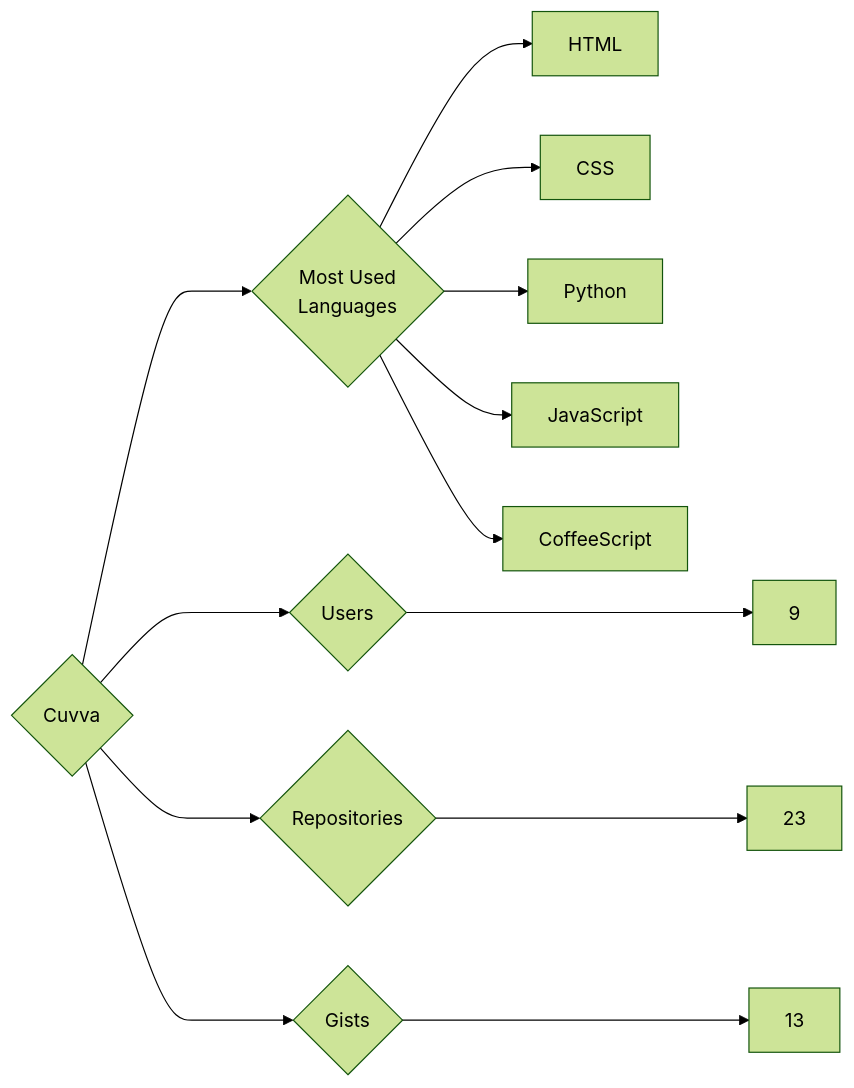
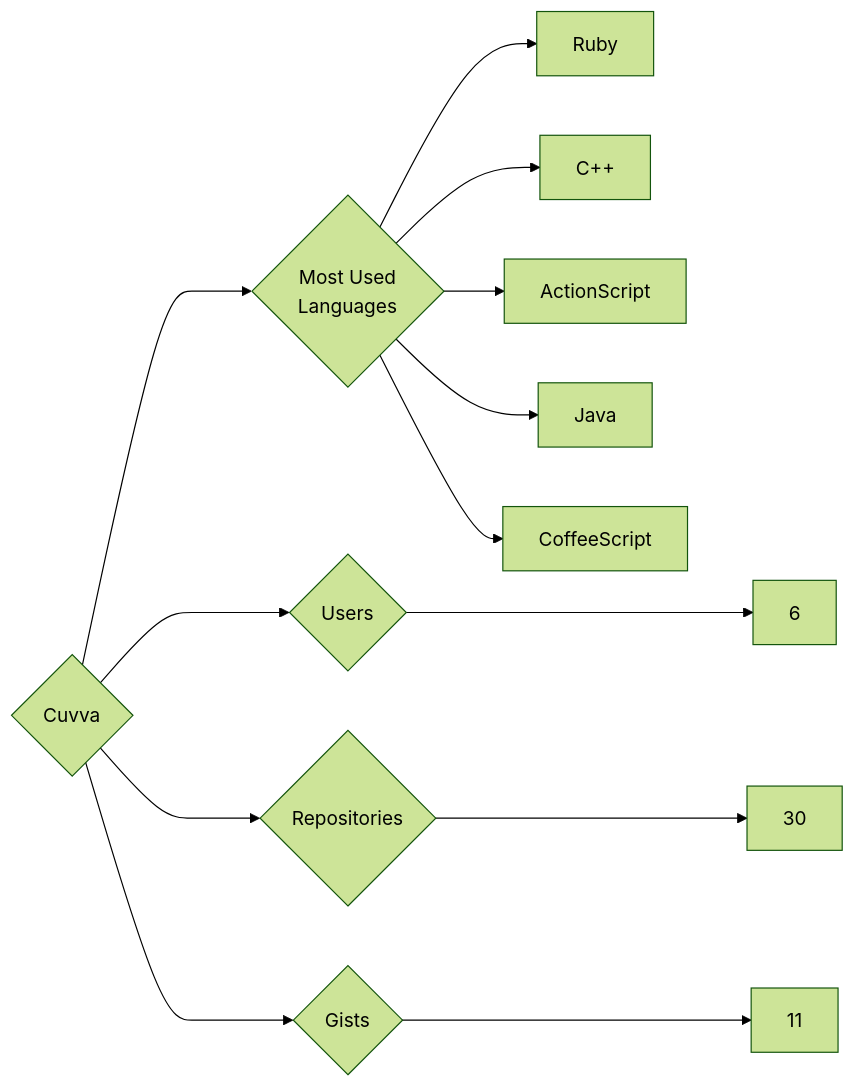
The diagram in targets/Cuvva/README.md (trickest/insiders), drawn with Mermaid (forest theme) before and after one commit. The commit also changed 1195 other files, not shown here.

````diff
--- a/targets/Cuvva/README.md
+++ b/targets/Cuvva/README.md
@@ -3,13 +3,13 @@
 ```mermaid
 graph LR
 COMPANY_NAME{Cuvva}
-COMPANY_NAME ---> U{Users} ---> UN[9]
-COMPANY_NAME ---> R{Repositories} ---> RN[23]
-COMPANY_NAME ---> G{Gists} ---> GN[13]
+COMPANY_NAME ---> U{Users} ---> UN[6]
+COMPANY_NAME ---> R{Repositories} ---> RN[30]
+COMPANY_NAME ---> G{Gists} ---> GN[11]
 COMPANY_NAME ---> ML{Most Used<br>Languages}
-ML --> HTML[HTML]
-ML --> CSS[CSS]
-ML --> Python[Python]
-ML --> JavaScript[JavaScript]
+ML --> Ruby[Ruby]
+ML --> C++[C++]
+ML --> ActionScript[ActionScript]
+ML --> Java[Java]
 ML --> CoffeeScript[CoffeeScript]
 ```
````
